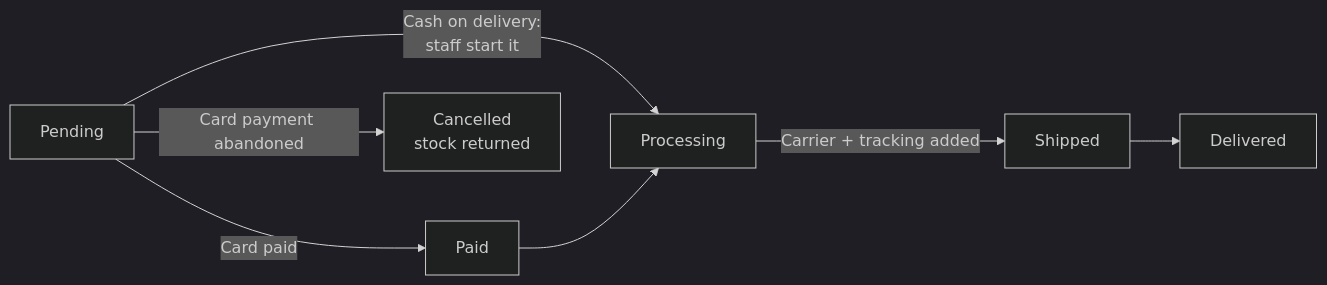
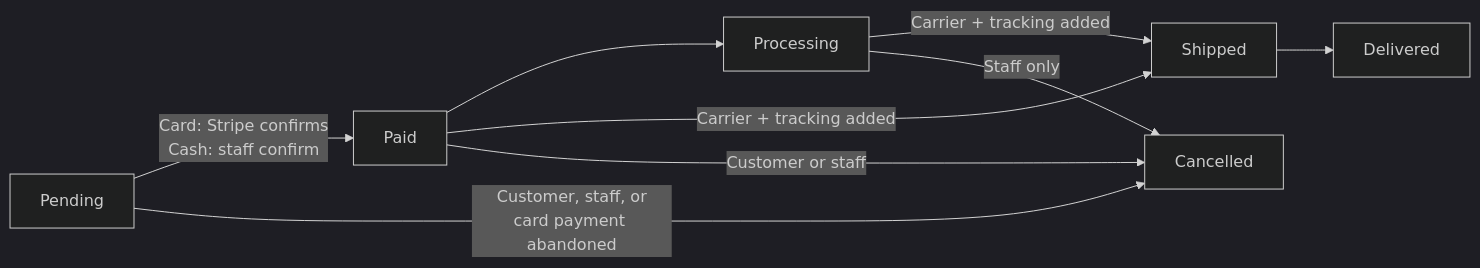
One commit to sahc1987/Ecommerce changed the second of 4 diagrams in README.md. Above: the diagram before and after it, drawn with Mermaid (dark theme). The commit also changed other lines of this file and 21 other files, not shown here.

````diff
--- a/README.md
+++ b/README.md
@@ -127,9 +129,11 @@
 ```mermaid
 flowchart LR
-    A[Pending] -->|Card paid| B[Paid]
-    A -->|Cash on delivery:<br/>staff start it| C[Processing]
-    B --> C
-    C -->|Carrier + tracking added| D[Shipped]
+    A[Pending] -->|Card: Stripe confirms<br/>Cash: staff confirm| B[Paid]
+    B --> C[Processing]
+    B -->|Carrier + tracking added| D[Shipped]
+    C -->|Carrier + tracking added| D
     D --> E[Delivered]
-    A -->|Card payment abandoned| F[Cancelled<br/>stock returned]
+    A -->|Customer, staff, or<br/>card payment abandoned| F[Cancelled]
+    B -->|Customer or staff| F
+    C -->|Staff only| F
 ```
````
